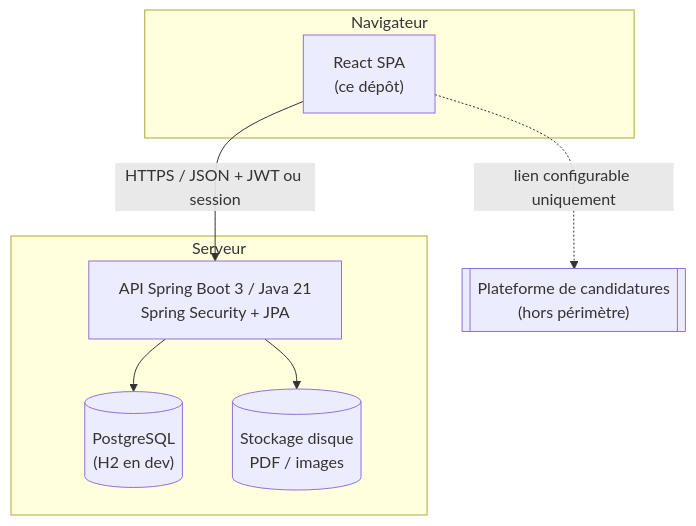
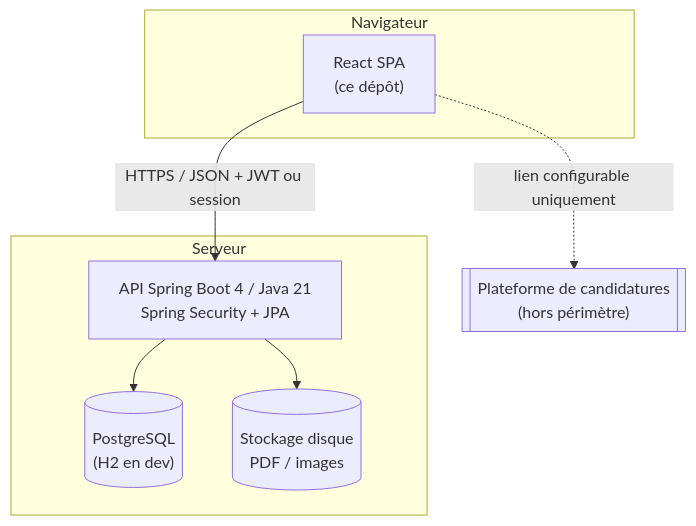
One commit to claraops/CEFISI changed the first of 2 diagrams in Docs/04-architecture.md. Above: the diagram before and after it, drawn with Mermaid. The commit also changed 7 other files, not shown here.

Commit message:
fix(back): corriger l'initialisation du backend (Java 21, Spring Boot 4.2, config d'origine)

````diff
--- a/Docs/04-architecture.md
+++ b/Docs/04-architecture.md
@@ -9,17 +9,17 @@
 ```mermaid
 flowchart TB
   subgraph Browser["Navigateur"]
     UI["React SPA<br/>(ce dépôt)"]
   end
   subgraph Server["Serveur"]
-    API["API Spring Boot 3 / Java 21<br/>Spring Security + JPA"]
+    API["API Spring Boot 4 / Java 21<br/>Spring Security + JPA"]
     DB[("PostgreSQL<br/>(H2 en dev)")]
     FS[("Stockage disque<br/>PDF / images")]
   end
   EXT[["Plateforme de candidatures<br/>(hors périmètre)"]]
 
   UI -->|"HTTPS / JSON + JWT ou session"| API
   API --> DB
   API --> FS
   UI -.->|"lien configurable uniquement"| EXT
 ```
````
